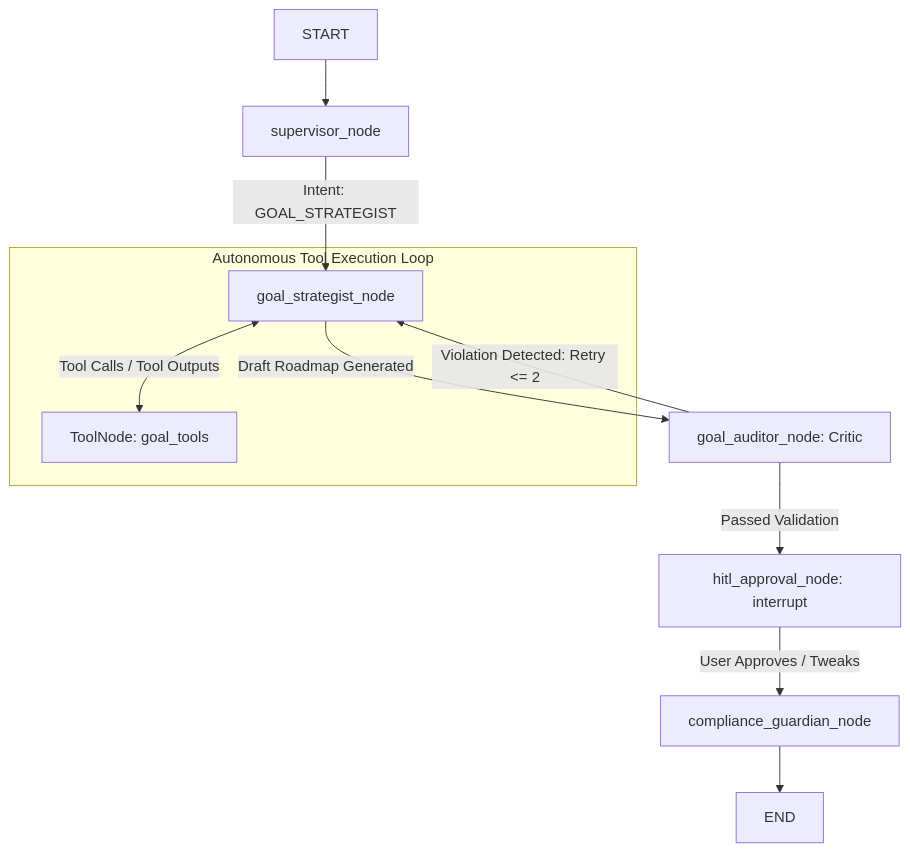
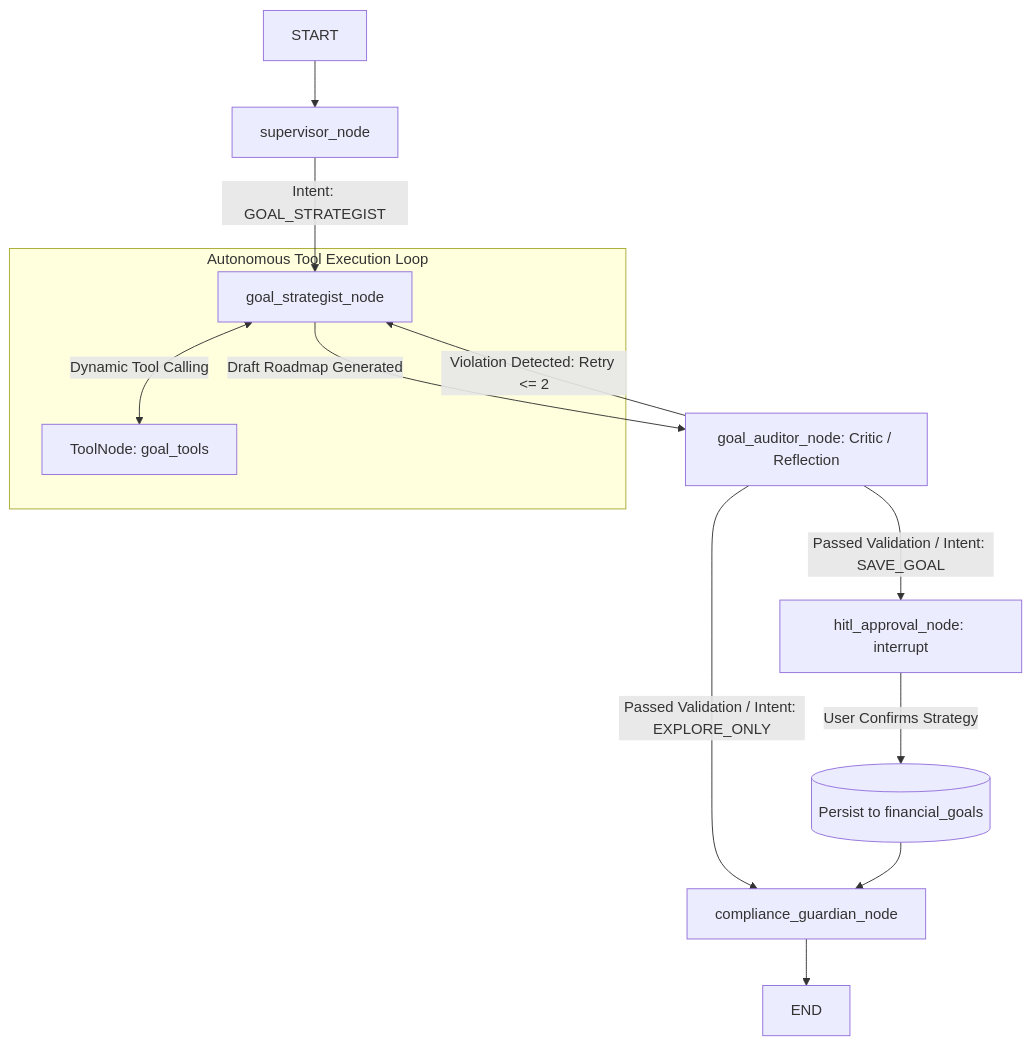
The diagram in specs/upcoming/SPEC-10-AUTONOMOUS-FINANCIAL-GPS.md (uthircloudnative/finnie-ai), drawn with Mermaid before and after one commit. The commit also changed other lines of this file and 8 other files, not shown here.

Commit message:
ocs: add canonical DATA_MODEL, finalize SPEC-10 In-Session Memory and SPEC-11 roadmap

````diff
--- a/specs/upcoming/SPEC-10-AUTONOMOUS-FINANCIAL-GPS.md
+++ b/specs/upcoming/SPEC-10-AUTONOMOUS-FINANCIAL-GPS.md
@@ -61,17 +95,19 @@
 ```mermaid
 graph TD
     START --> Sup[supervisor_node]
     Sup -->|Intent: GOAL_STRATEGIST| GS[goal_strategist_node]
     
     subgraph "Autonomous Tool Execution Loop"
-        GS <-->|Tool Calls / Tool Outputs| TN[ToolNode: goal_tools]
+        GS <-->|Dynamic Tool Calling| TN[ToolNode: goal_tools]
     end
     
-    GS -->|Draft Roadmap Generated| Auditor[goal_auditor_node: Critic]
+    GS -->|Draft Roadmap Generated| Auditor[goal_auditor_node: Critic / Reflection]
     
     Auditor -->|Violation Detected: Retry <= 2| GS
-    Auditor -->|Passed Validation| HITL[hitl_approval_node: interrupt]
+    Auditor -->|Passed Validation / Intent: SAVE_GOAL| HITL[hitl_approval_node: interrupt]
+    Auditor -->|Passed Validation / Intent: EXPLORE_ONLY| Comp[compliance_guardian_node]
     
-    HITL -->|User Approves / Tweaks| Comp[compliance_guardian_node]
+    HITL -->|User Confirms Strategy| SaveDB[(Persist to financial_goals)]
+    SaveDB --> Comp
     Comp --> END
 ```
````
